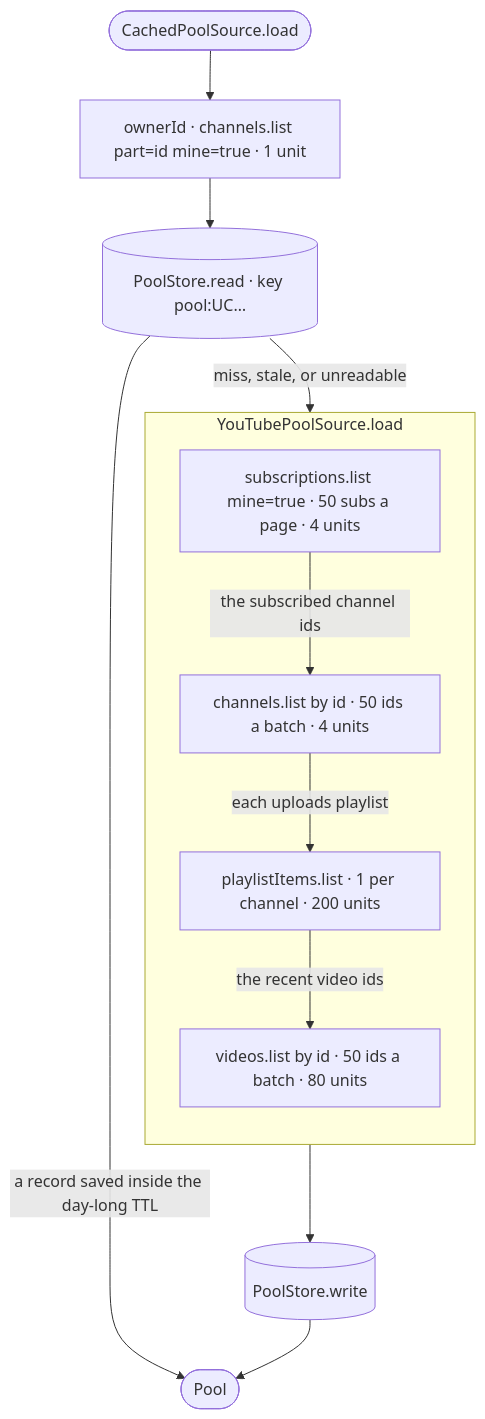
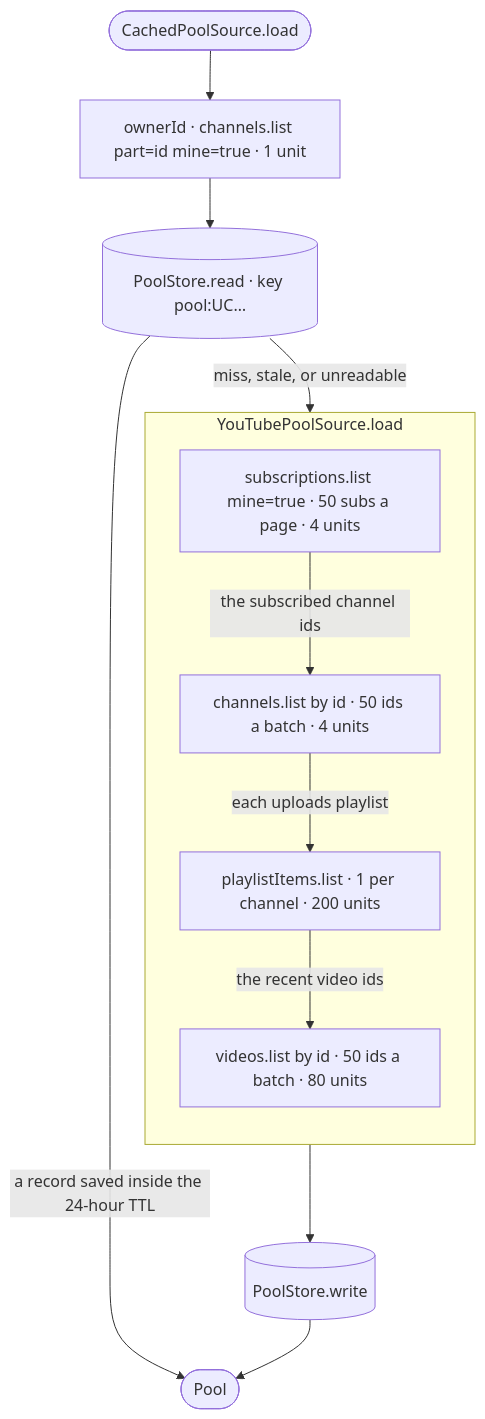
One commit to coolhandle01/telly changed the first of 2 diagrams in docs/architecture/google.md. Above: the diagram before and after it, drawn with Mermaid. The commit also changed other lines of this file and 86 other files, not shown here.

````diff
--- a/docs/architecture/google.md
+++ b/docs/architecture/google.md
@@ -11,21 +11,21 @@
 ```mermaid
 flowchart TB
   load(["CachedPoolSource.load"]) --> owner["ownerId · channels.list part=id mine=true · 1 unit"]
   owner --> read[("PoolStore.read · key pool:UC…")]
-  read -->|"a record saved inside the day-long TTL"| pool(["Pool"])
+  read -->|"a record saved inside the 24-hour TTL"| pool(["Pool"])
   read -->|"miss, stale, or unreadable"| subs
 
   subgraph pipeline["YouTubePoolSource.load"]
     direction TB
     subs["subscriptions.list mine=true · 50 subs a page · 4 units"]
     chans["channels.list by id · 50 ids a batch · 4 units"]
     items["playlistItems.list · 1 per channel · 200 units"]
     vids["videos.list by id · 50 ids a batch · 80 units"]
     subs -->|"the subscribed channel ids"| chans
     chans -->|"each uploads playlist"| items
     items -->|"the recent video ids"| vids
   end
 
   vids --> write[("PoolStore.write")]
   write --> pool
 ```
````
